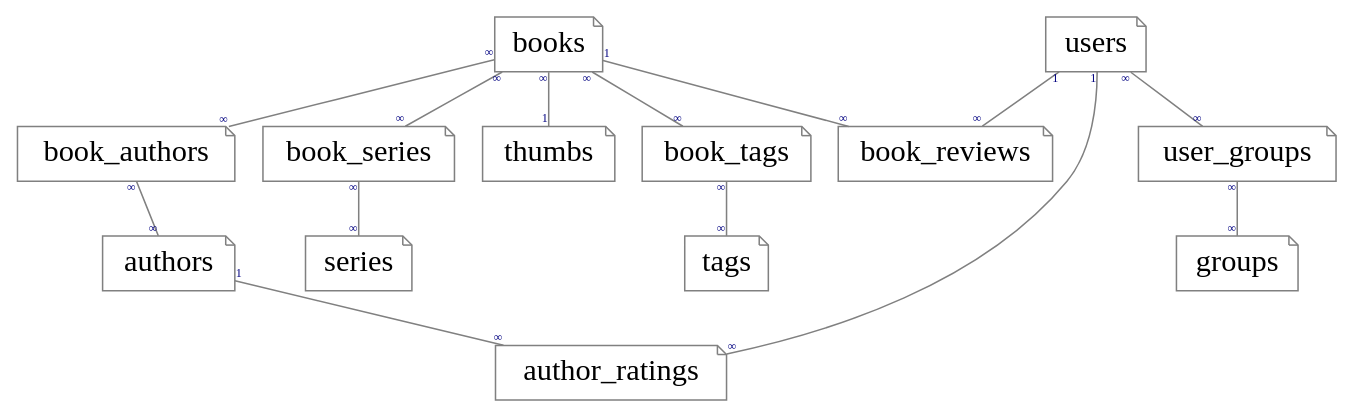
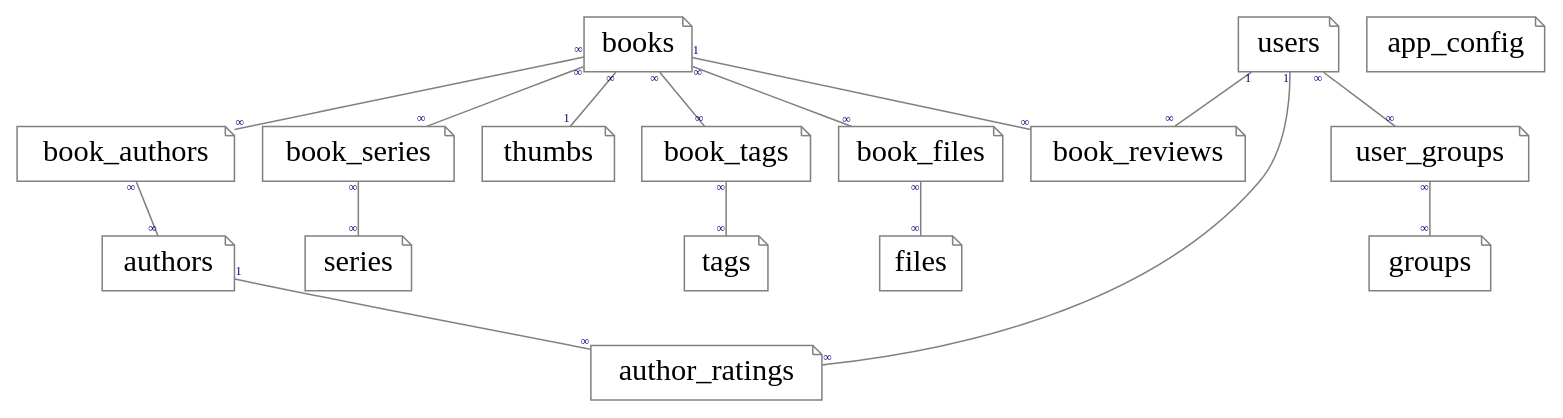
One commit to sio/HomeLibraryCatalog changed the diagram in docs/db_tables.gv. Above: the diagram before and after it, drawn with Graphviz. The commit also changed 1 other file, not shown here.

```diff
--- a/docs/db_tables.gv
+++ b/docs/db_tables.gv
@@ -1,31 +1,33 @@
 # Simplified representation of database schema
 # Rendered with Graphviz (dot -O -Tsvg)
 
 graph {
     node [
         shape=note
         margin=0.1
         color=gray
         fontname=Tahoma
         fontsize=20
     ]
     edge [
         headlabel="∞"
         taillabel="∞"
         margin=0.1
         color=gray        
         fontname=Tahoma
         fontsize=8
         fontcolor=navy
     ]
 
     books -- book_authors -- authors;
     authors -- author_ratings [taillabel=1];
     books -- book_series -- series;
     books -- thumbs [headlabel=1];
     books -- book_reviews [taillabel=1];
     users -- user_groups -- groups;
     users -- book_reviews [taillabel=1];
     users -- author_ratings [taillabel=1];
     books -- book_tags -- tags;
+    app_config;
+    books -- book_files -- files;
 }
```
